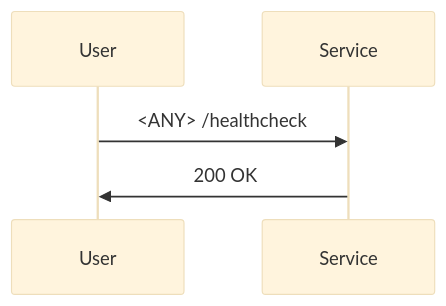
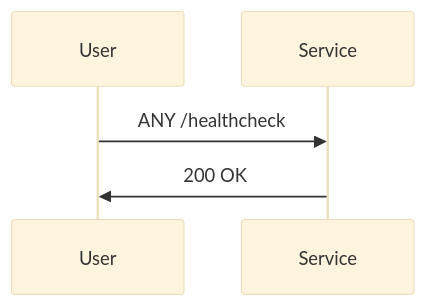
One commit to Alif-B/url-shortner-battlefy changed the third of 3 diagrams in README.md. Above: the diagram before and after it, drawn with Mermaid (base theme). The commit also changed other lines of this file, not shown here.

````diff
--- a/README.md
+++ b/README.md
@@ -19,5 +19,5 @@
 ```mermaid
 sequenceDiagram
-  User ->> Service: <ANY> /healthcheck
+  User ->> Service: ANY /healthcheck
   Service ->> User: 200 OK
 ```
````
